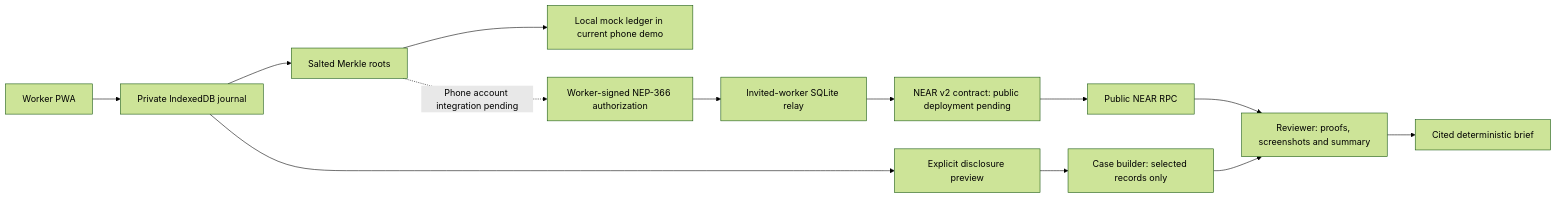
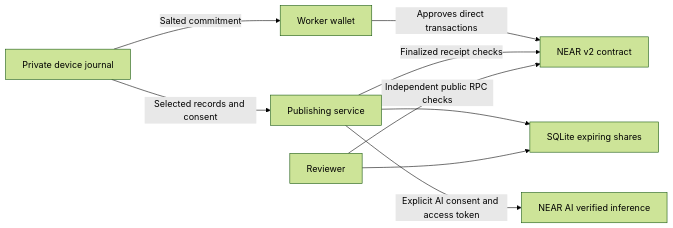
The diagram in README.md (Lakshmikanth-3/Sealed), drawn with Mermaid (forest theme) before and after one commit. The commit also changed other lines of this file and 62 other files, not shown here.

First line of the commit message:
feat: live-only NEAR v2 flow, Meteor wallet, sharing and private AI

````diff
--- a/README.md
+++ b/README.md
@@ -139,15 +53,11 @@
 ```mermaid
 flowchart LR
-  W[Worker PWA] --> D[Private IndexedDB journal]
-  D --> M[Salted Merkle roots]
-  M --> L[Local mock ledger in current phone demo]
-  D --> P[Explicit disclosure preview]
-  P --> C[Case builder: selected records only]
-  C --> V[Reviewer: proofs, screenshots and summary]
-  V --> B[Cited deterministic brief]
-  M -. Phone account integration pending .-> A[Worker-signed NEP-366 authorization]
-  A --> Q[Invited-worker SQLite relay]
-  Q --> N[NEAR v2 contract: public deployment pending]
-  R[Public NEAR RPC] --> V
-  N --> R
+  W[Worker wallet] -->|Approves direct transactions| N[NEAR v2 contract]
+  J[Private device journal] -->|Salted commitment| W
+  J -->|Selected records and consent| S[Publishing service]
+  S -->|Finalized receipt checks| N
+  S --> D[SQLite expiring shares]
+  S -->|Explicit AI consent and access token| A[NEAR AI verified inference]
+  R[Reviewer] --> D
+  R -->|Independent public RPC checks| N
 ```
````
